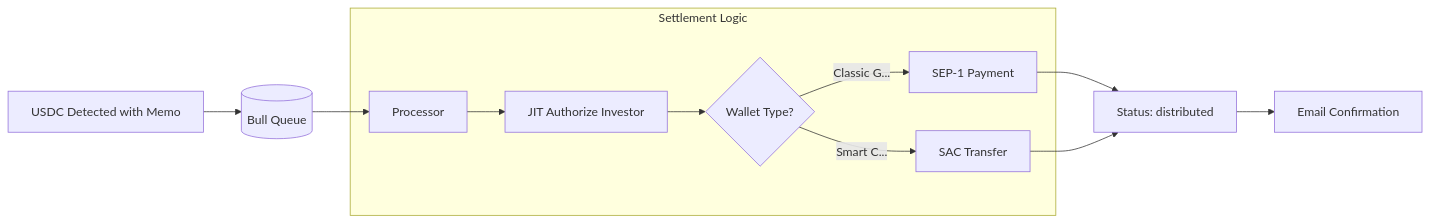
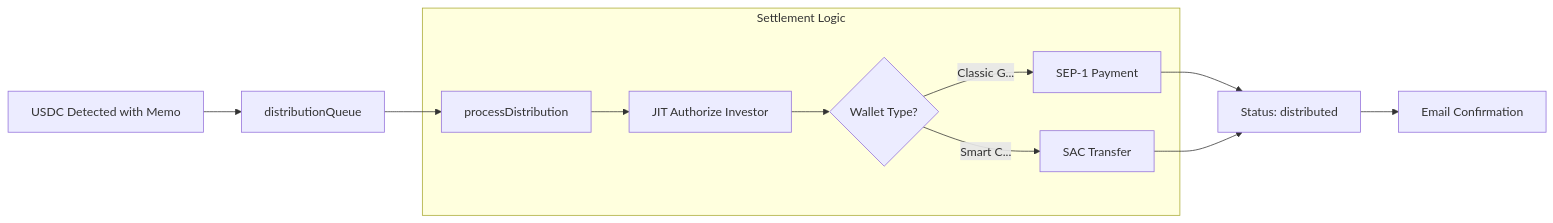
One commit to TrebleLegacy/stellar-security-tokens changed the fifth of 5 diagrams in docs/SYSTEM_FLOW.md. Above: the diagram before and after it, drawn with Mermaid. The commit also changed other lines of this file and 36 other files, not shown here.

````diff
--- a/docs/SYSTEM_FLOW.md
+++ b/docs/SYSTEM_FLOW.md
@@ -133,15 +133,15 @@
 ```mermaid
 flowchart LR
-    P[USDC Detected with Memo] --> Q[(Bull Queue)]
-    Q --> Job[Processor]
+    P[USDC Detected with Memo] --> Q[distributionQueue]
+    Q --> Job[processDistribution]
     
     subgraph Settlement Logic
         Job --> Auth[JIT Authorize Investor]
         Auth --> Type{Wallet Type?}
         Type -->|Classic G...| P1[SEP-1 Payment]
         Type -->|Smart C...| P2[SAC Transfer]
     end
     
     P1 & P2 --> Done[Status: distributed]
     Done --> Notify[Email Confirmation]
 ```
````
